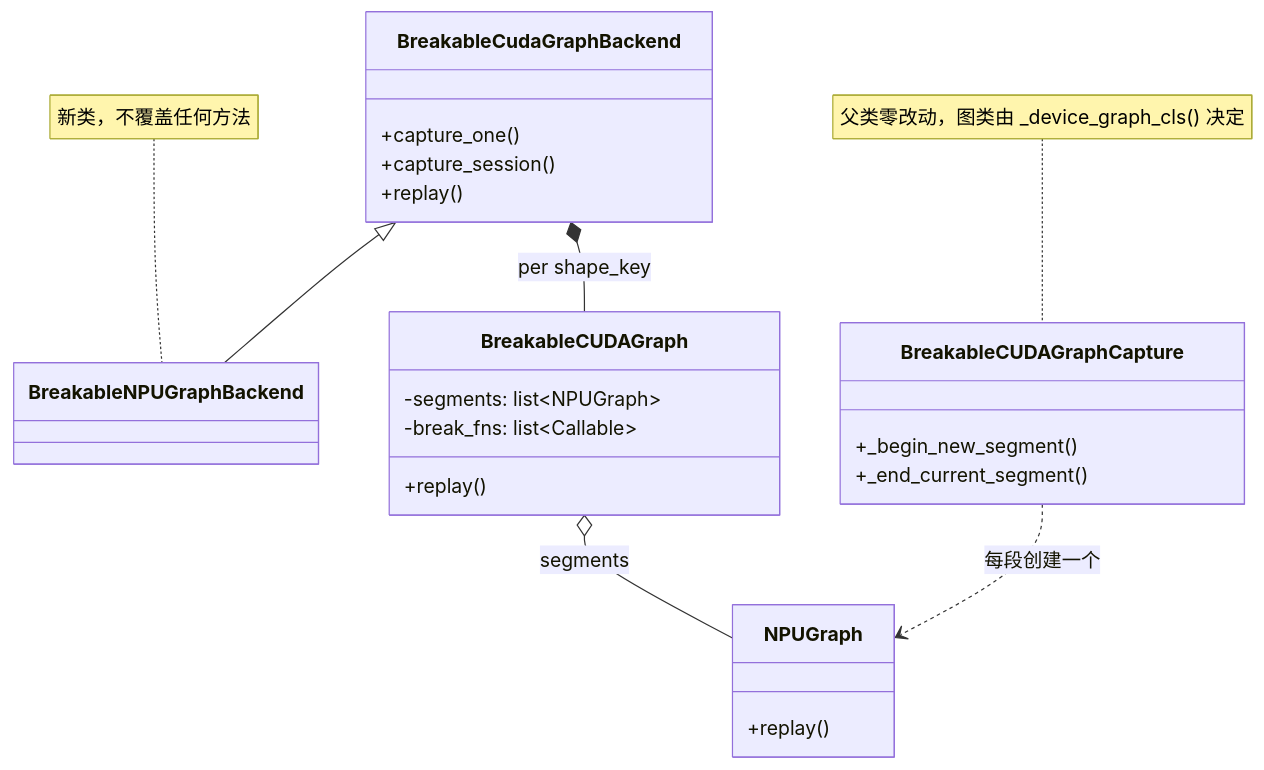
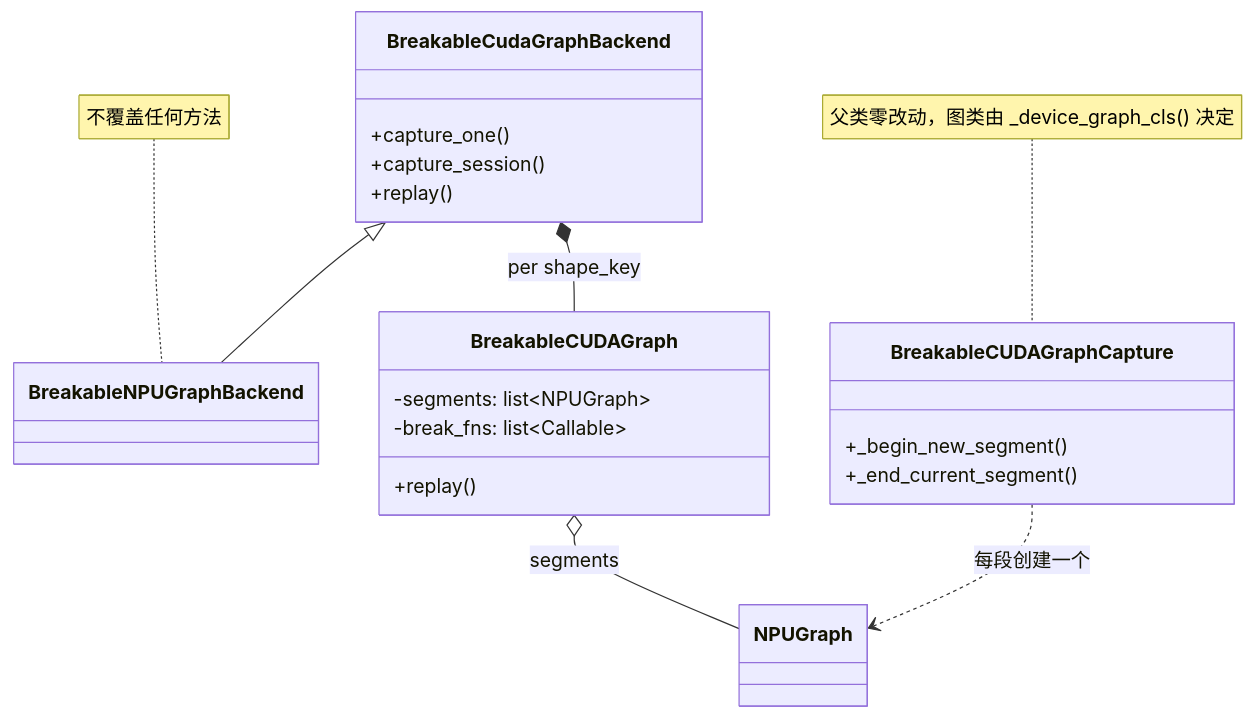
The first of 3 diagrams in FE/BreakableNPUGraphBackend设计方案/breakable_npu_graph_backend_design.md (kyrotiko/sglang-docs), drawn with Mermaid before and after one commit. The commit also changed other lines of this file and 6 other files, not shown here.

First line of the commit message:
Consolidate the BreakableNPUGraphBackend design docs

````diff
--- a/FE/BreakableNPUGraphBackend设计方案/breakable_npu_graph_backend_design.md
+++ b/FE/BreakableNPUGraphBackend设计方案/breakable_npu_graph_backend_design.md
@@ -85,27 +22,24 @@
 ```mermaid
 classDiagram
     class BreakableCudaGraphBackend {
         +capture_one()
         +capture_session()
         +replay()
     }
     class BreakableNPUGraphBackend
     class BreakableCUDAGraph {
         -segments: list~NPUGraph~
         -break_fns: list~Callable~
         +replay()
     }
     class BreakableCUDAGraphCapture {
         +_begin_new_segment()
         +_end_current_segment()
     }
-    class NPUGraph {
-        +replay()
-    }
     BreakableCudaGraphBackend <|-- BreakableNPUGraphBackend
     BreakableCudaGraphBackend *-- BreakableCUDAGraph : per shape_key
     BreakableCUDAGraph o-- NPUGraph : segments
     BreakableCUDAGraphCapture ..> NPUGraph : 每段创建一个
-    note for BreakableNPUGraphBackend "新类，不覆盖任何方法"
+    note for BreakableNPUGraphBackend "不覆盖任何方法"
     note for BreakableCUDAGraphCapture "父类零改动，图类由 _device_graph_cls() 决定"
 ```
````
